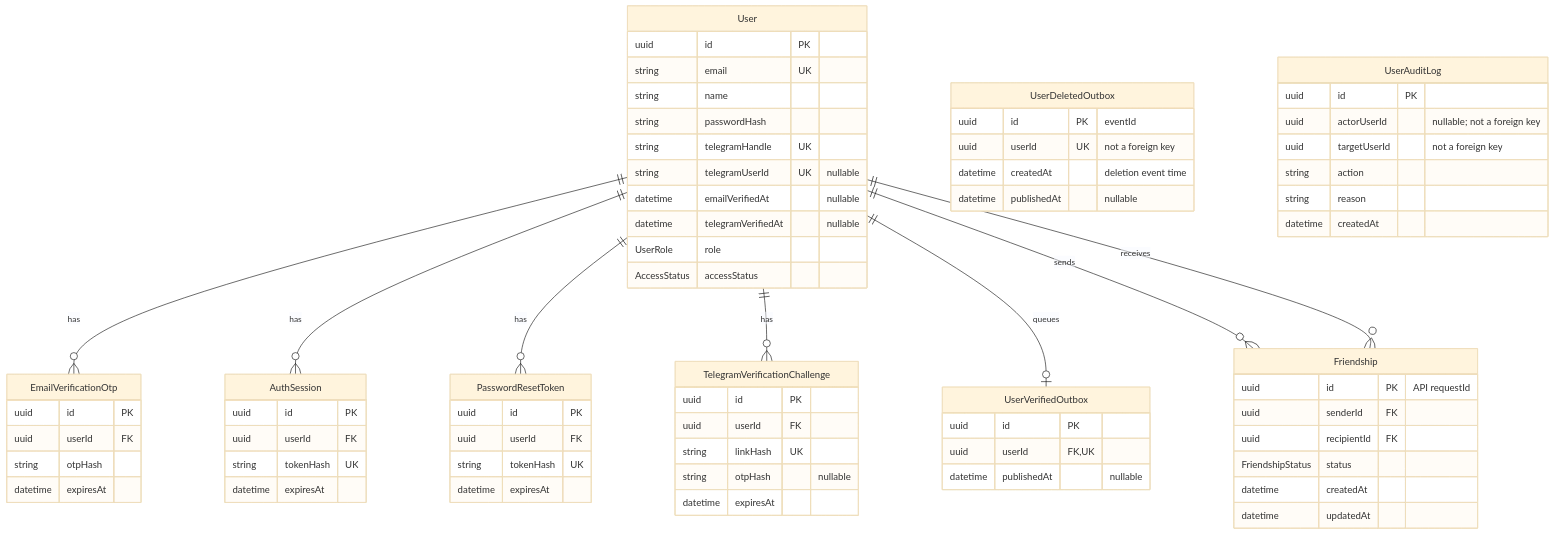
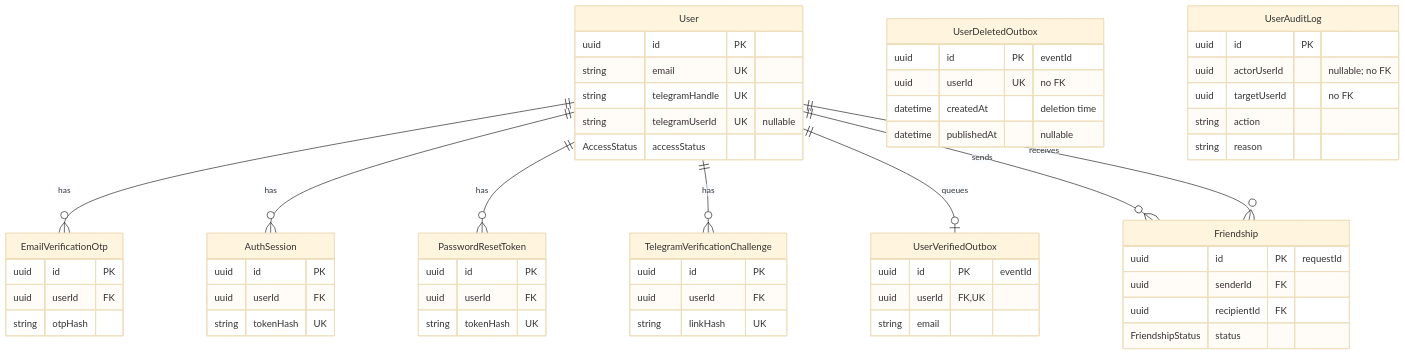
One commit to CS3219-AY2627S1/FoC-Template changed the diagram in user-service/docs/schema.md. Above: the diagram before and after it, drawn with Mermaid (base theme). The commit also changed other lines of this file and 3 other files, not shown here.

````diff
--- a/user-service/docs/schema.md
+++ b/user-service/docs/schema.md
@@ -13,75 +9,61 @@
 ```mermaid
 erDiagram
     User ||--o{ EmailVerificationOtp : has
     User ||--o{ AuthSession : has
     User ||--o{ PasswordResetToken : has
     User ||--o{ TelegramVerificationChallenge : has
     User ||--o| UserVerifiedOutbox : queues
     User ||--o{ Friendship : sends
     User ||--o{ Friendship : receives
-
     User {
         uuid id PK
         string email UK
-        string name
-        string passwordHash
         string telegramHandle UK
         string telegramUserId UK "nullable"
-        datetime emailVerifiedAt "nullable"
-        datetime telegramVerifiedAt "nullable"
-        UserRole role
         AccessStatus accessStatus
     }
     Friendship {
-        uuid id PK "API requestId"
+        uuid id PK "requestId"
         uuid senderId FK
         uuid recipientId FK
         FriendshipStatus status
-        datetime createdAt
-        datetime updatedAt
     }
     EmailVerificationOtp {
         uuid id PK
         uuid userId FK
         string otpHash
-        datetime expiresAt
     }
     AuthSession {
         uuid id PK
         uuid userId FK
         string tokenHash UK
-        datetime expiresAt
     }
     PasswordResetToken {
         uuid id PK
         uuid userId FK
         string tokenHash UK
-        datetime expiresAt
     }
     TelegramVerificationChallenge {
         uuid id PK
         uuid userId FK
         string linkHash UK
-        string otpHash "nullable"
-        datetime expiresAt
     }
     UserVerifiedOutbox {
-        uuid id PK
+        uuid id PK "eventId"
         uuid userId FK,UK
-        datetime publishedAt "nullable"
+        string email
     }
     UserDeletedOutbox {
         uuid id PK "eventId"
-        uuid userId UK "not a foreign key"
-        datetime createdAt "deletion event time"
+        uuid userId UK "no FK"
+        datetime createdAt "deletion time"
         datetime publishedAt "nullable"
     }
     UserAuditLog {
         uuid id PK
-        uuid actorUserId "nullable; not a foreign key"
-        uuid targetUserId "not a foreign key"
+        uuid actorUserId "nullable; no FK"
+        uuid targetUserId "no FK"
         string action
         string reason
-        datetime createdAt
     }
 ```
````
